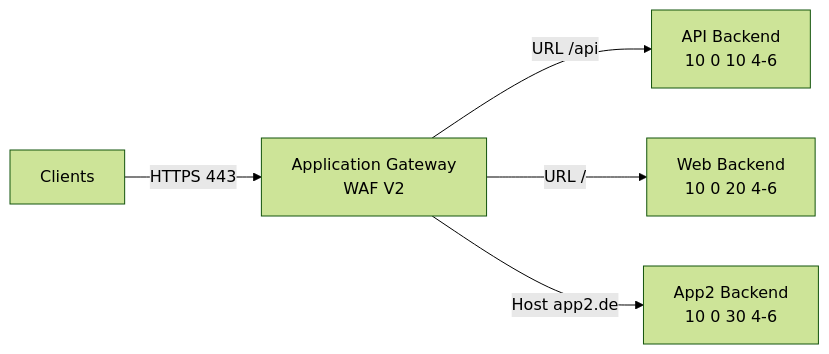
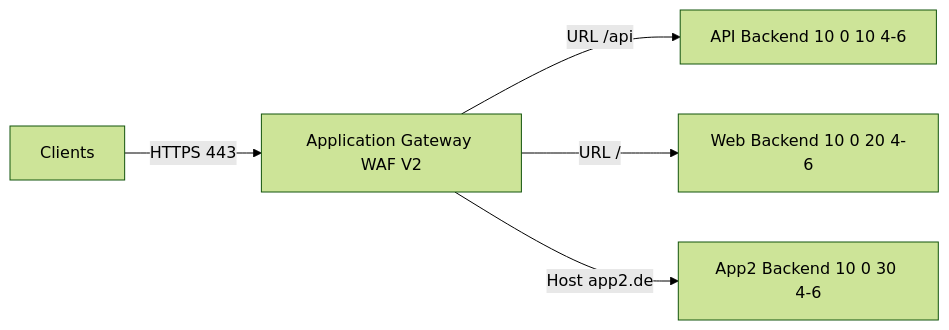
The first of 6 diagrams in Microsoft 365/Azure/Netzwerk/Azure Application Gateway.md (SoniiiT/notes-n-docs), drawn with Mermaid (forest theme) before and after one commit. The commit also changed other lines of this file and 124 other files, not shown here.

First line of the commit message:
fix: Entferne \n aus allen Mermaid-Diagrammen (125 Dateien)

````diff
--- a/Microsoft 365/Azure/Netzwerk/Azure Application Gateway.md
+++ b/Microsoft 365/Azure/Netzwerk/Azure Application Gateway.md
@@ -29,7 +29,7 @@
 ```mermaid
 graph LR
-    CLIENT[Clients] -->|HTTPS 443| AGW[Application Gateway\nWAF V2]
-    AGW -->|URL /api| API[API Backend\n10 0 10 4-6]
-    AGW -->|URL /| WEB[Web Backend\n10 0 20 4-6]
-    AGW -->|Host app2.de| APP2[App2 Backend\n10 0 30 4-6]
+    CLIENT[Clients] -->|HTTPS 443| AGW[Application Gateway WAF V2]
+    AGW -->|URL /api| API[API Backend 10 0 10 4-6]
+    AGW -->|URL /| WEB[Web Backend 10 0 20 4-6]
+    AGW -->|Host app2.de| APP2[App2 Backend 10 0 30 4-6]
 ```
````
